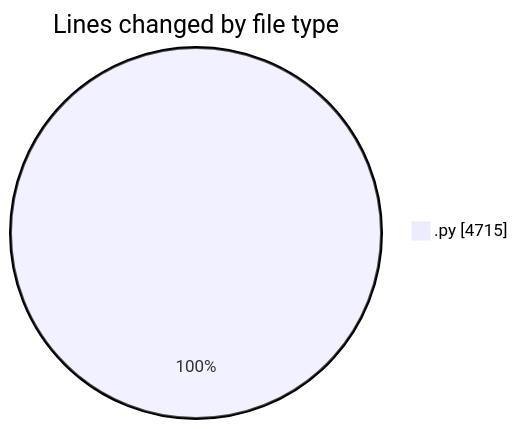
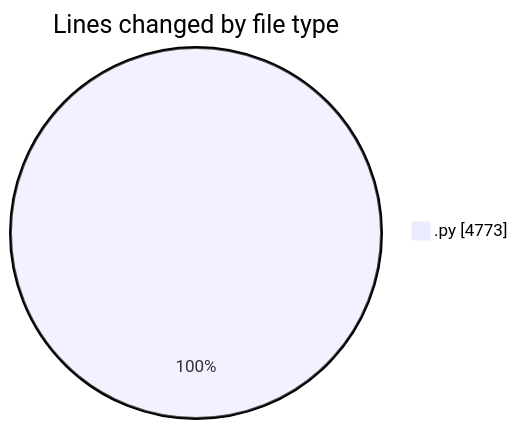
The first of 2 diagrams in 2025-05-08/myws__workspace_/README.md (MatusMokan/code-tracking), drawn with Mermaid before and after one commit. The commit also changed other lines of this file and 1 other file, not shown here.

````diff
--- a/2025-05-08/myws__workspace_/README.md
+++ b/2025-05-08/myws__workspace_/README.md
@@ -24,5 +24,5 @@
 ```mermaid
 pie showData
 title Lines changed by file type
-".py" : 4715
+".py" : 4773
 ```
````
